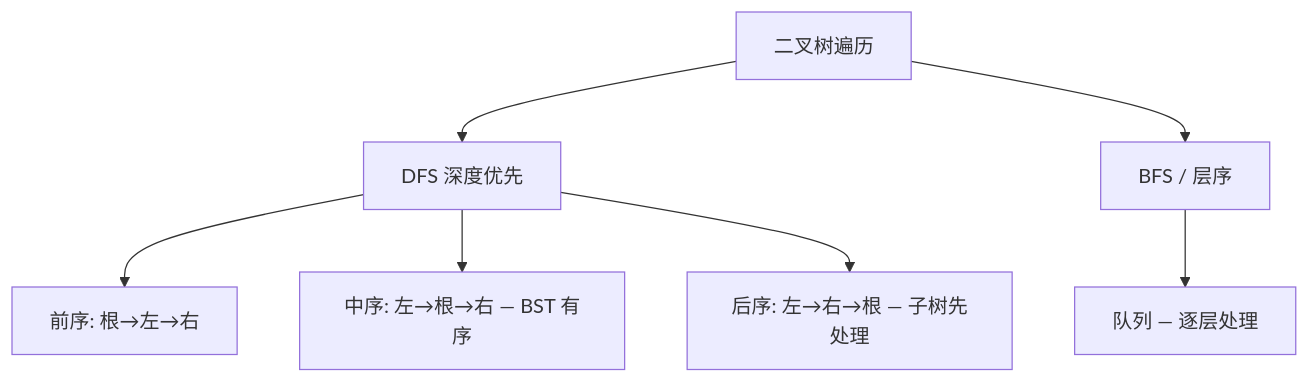
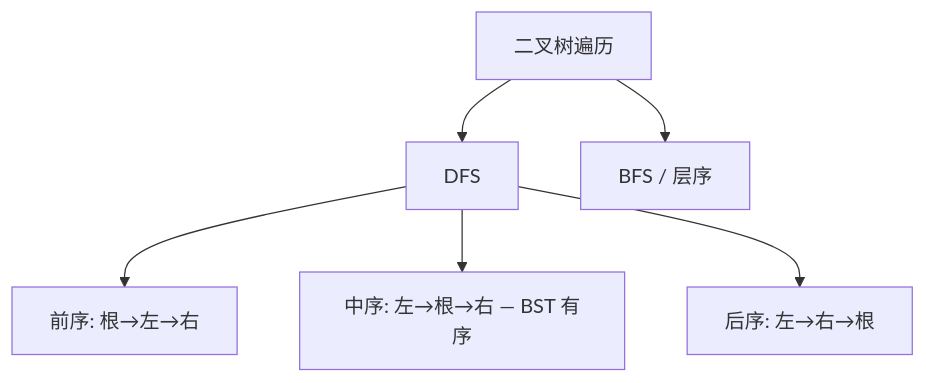
One commit to SilkLee/full-stack-guide changed the third of 3 diagrams in dsa-deep-dive.md. Above: the diagram before and after it, drawn with Mermaid. The commit also changed other lines of this file, not shown here.

````diff
--- a/dsa-deep-dive.md
+++ b/dsa-deep-dive.md
@@ -514,11 +406,9 @@
 ```mermaid
 flowchart TB
     TRAVERSAL["二叉树遍历"]
-    TRAVERSAL --> DFS["DFS 深度优先"]
+    TRAVERSAL --> DFS["DFS"]
     DFS --> PRE["前序: 根→左→右"]
     DFS --> IN["中序: 左→根→右 — BST 有序"]
-    DFS --> POST["后序: 左→右→根 — 子树先处理"]
-
+    DFS --> POST["后序: 左→右→根"]
     TRAVERSAL --> BFS["BFS / 层序"]
-    BFS --> LEVEL["队列 — 逐层处理"]
 ```
````
